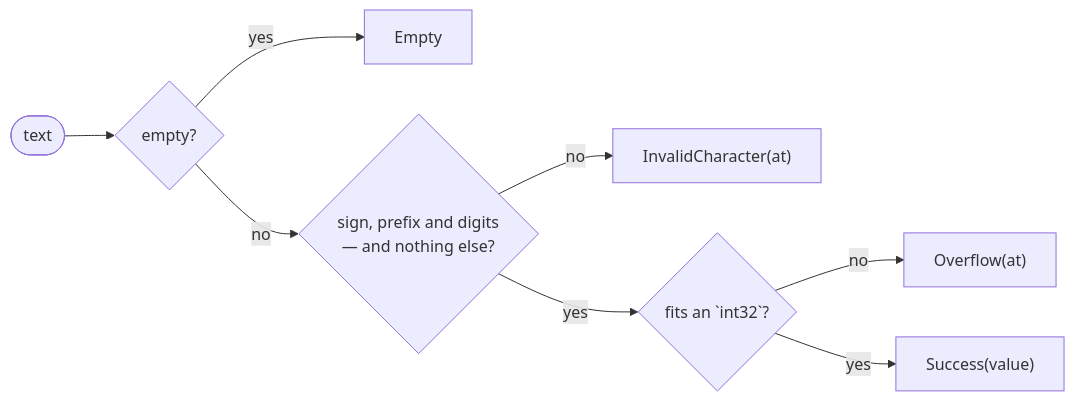
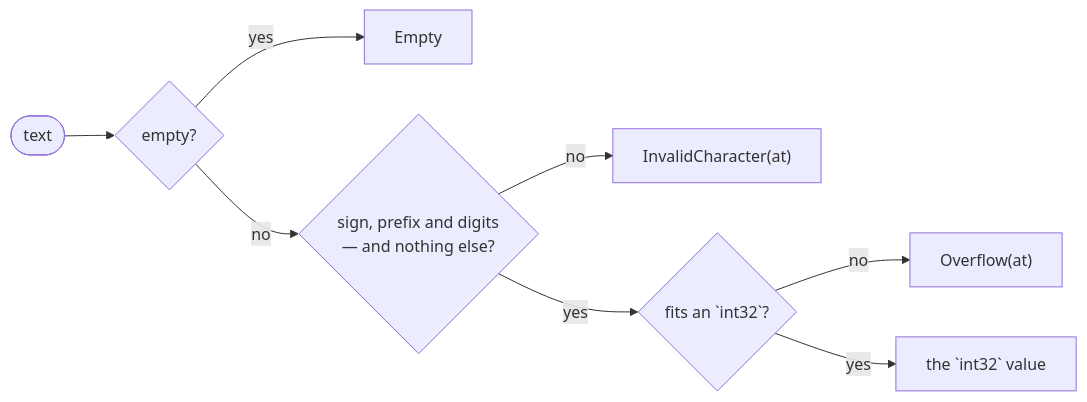
The diagram in content/docs/1.learn/14.text/12.parse.md (rux-lang/Web), drawn with Mermaid before and after one commit. The commit also changed other lines of this file and 736 other files, not shown here.

````diff
--- a/content/docs/1.learn/14.text/12.parse.md
+++ b/content/docs/1.learn/14.text/12.parse.md
@@ -83,10 +83,10 @@
 ```mermaid
 flowchart LR
     t(["`text`"]) --> e{"empty?"}
     e -- "yes" --> E["`Empty`"]
     e -- "no" --> d{"sign, prefix and digits<br/>— and nothing else?"}
     d -- "no" --> I["`InvalidCharacter(at)`"]
     d -- "yes" --> f{"fits an `int32`?"}
     f -- "no" --> O["`Overflow(at)`"]
-    f -- "yes" --> S["`Success(value)`"]
+    f -- "yes" --> S["the `int32` value"]
 ```
````
